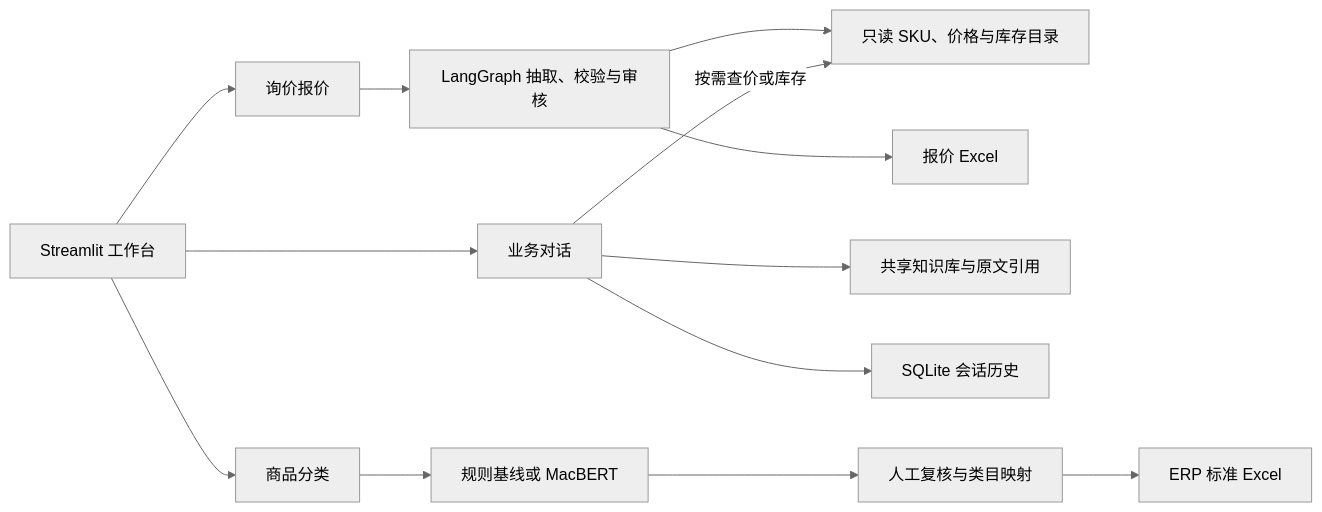
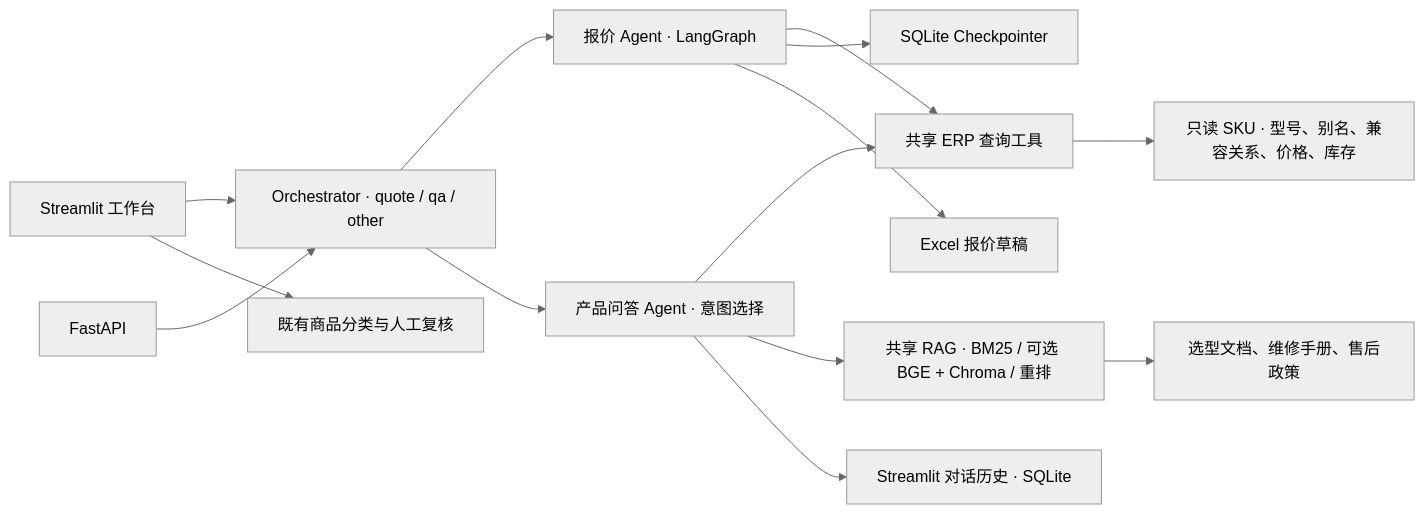
Before and after one commit to hufrrfhtd/Shangqiao_System: the first of 2 diagrams in README.md, drawn with Mermaid (neutral theme). The commit also changed other lines of this file and 23 other files, not shown here.

Commit message:
Complete the quote agent review and recovery workflow

````diff
--- a/README.md
+++ b/README.md
@@ -48,15 +52,16 @@
 ```mermaid
 flowchart LR
-    UI["Streamlit 工作台"] --> Quote["询价报价"]
-    UI --> Chat["业务对话"]
-    UI --> Classify["商品分类"]
-    Quote --> Graph["LangGraph 抽取、校验与审核"]
-    Graph --> Catalog["只读 SKU、价格与库存目录"]
-    Graph --> QuoteFile["报价 Excel"]
-    Chat --> Knowledge["共享知识库与原文引用"]
-    Chat -->|按需查价或库存| Catalog
-    Chat --> History["SQLite 会话历史"]
-    Classify --> Model["规则基线或 MacBERT"]
-    Model --> Review["人工复核与类目映射"]
-    Review --> ProductFile["ERP 标准 Excel"]
+    Web["Streamlit 工作台"] --> Router["Orchestrator · quote / qa / other"]
+    HTTP["FastAPI"] --> Router
+    Web --> Classify["既有商品分类与人工复核"]
+    Router --> Quote["报价 Agent · LangGraph"]
+    Router --> QA["产品问答 Agent · 意图选择"]
+    Quote --> ERP["共享 ERP 查询工具"]
+    QA --> ERP
+    QA --> RAG["共享 RAG · BM25 / 可选 BGE + Chroma / 重排"]
+    ERP --> CSV["只读 SKU · 型号、别名、兼容关系、价格、库存"]
+    RAG --> Docs["选型文档、维修手册、售后政策"]
+    Quote --> Checkpoint["SQLite Checkpointer"]
+    Quote --> Excel["Excel 报价草稿"]
+    QA --> History["Streamlit 对话历史 · SQLite"]
 ```
````
